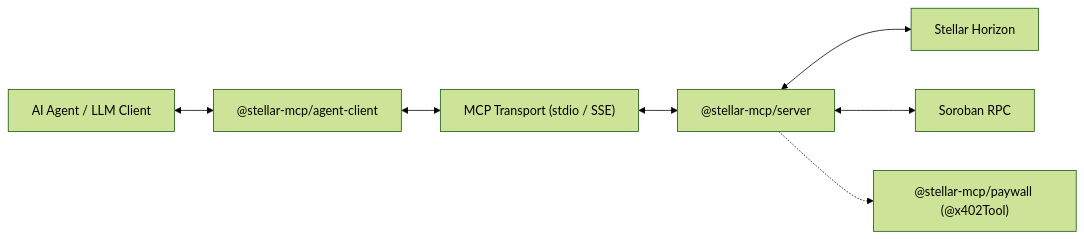
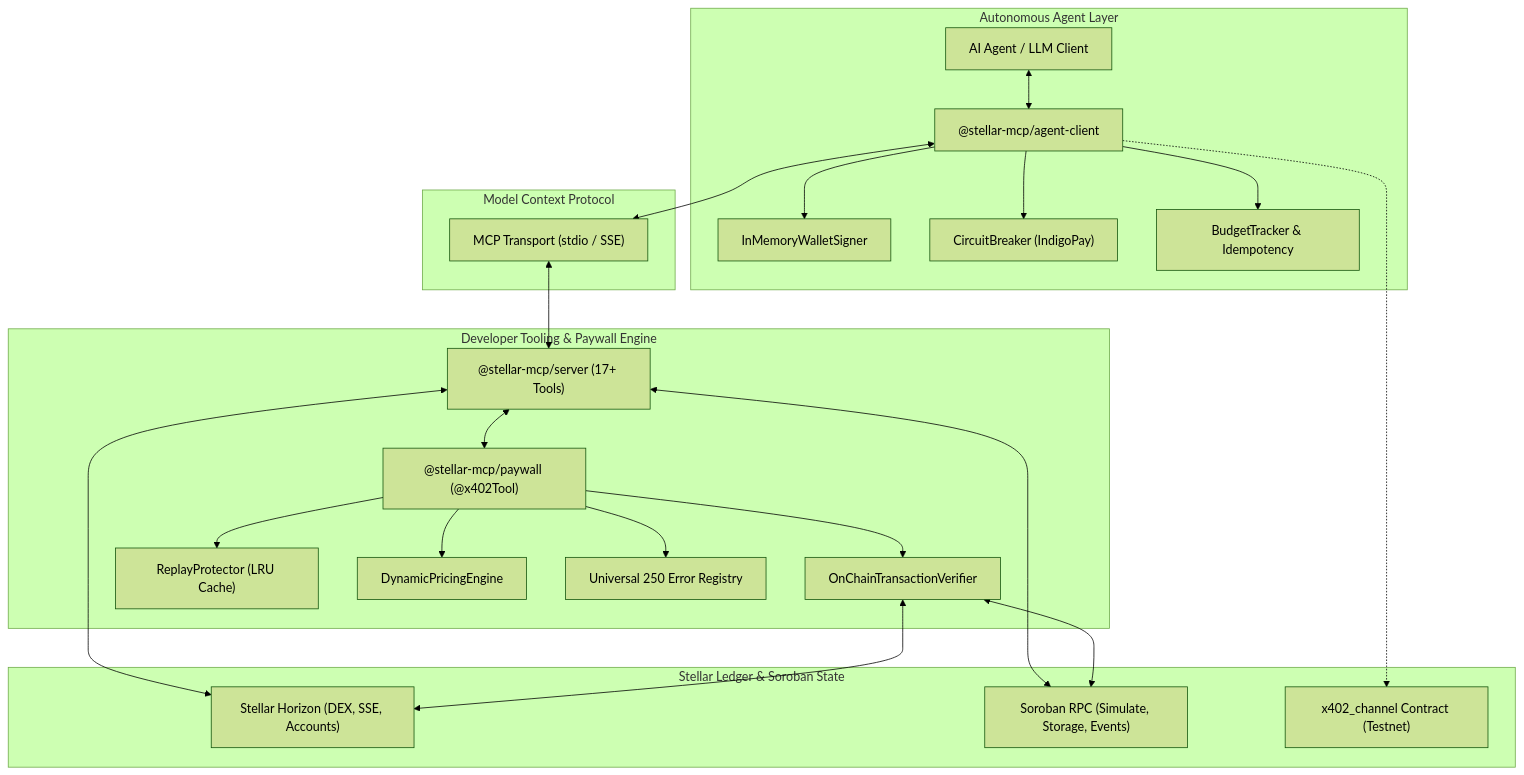
One commit to stellar-x402-mcp/monorepo changed the diagram in README.md. Above: the diagram before and after it, drawn with Mermaid (forest theme). The commit also changed other lines of this file, not shown here.

First line of the commit message:
docs(readme): expand documentation with Drips/Grantfox links, gas benchmarks, and error registry

````diff
--- a/README.md
+++ b/README.md
@@ -14,9 +33,46 @@
 ```mermaid
-flowchart LR
-    Agent["AI Agent / LLM Client"] <--> Client["@stellar-mcp/agent-client"]
-    Client <--> Transport["MCP Transport (stdio / SSE)"]
-    Transport <--> Server["@stellar-mcp/server"]
-    Server <--> Horizon["Stellar Horizon"]
-    Server <--> Soroban["Soroban RPC"]
-    Server -.-> Paywall["@stellar-mcp/paywall (@x402Tool)"]
+flowchart TD
+    subgraph AgentLayer["Autonomous Agent Layer"]
+        Agent["AI Agent / LLM Client"]
+        Client["@stellar-mcp/agent-client"]
+        Signer["InMemoryWalletSigner"]
+        Breaker["CircuitBreaker (IndigoPay)"]
+        Tracker["BudgetTracker & Idempotency"]
+    end
+
+    subgraph TransportLayer["Model Context Protocol"]
+        Transport["MCP Transport (stdio / SSE)"]
+    end
+
+    subgraph ServerLayer["Developer Tooling & Paywall Engine"]
+        Server["@stellar-mcp/server (17+ Tools)"]
+        Paywall["@stellar-mcp/paywall (@x402Tool)"]
+        Verifier["OnChainTransactionVerifier"]
+        Replay["ReplayProtector (LRU Cache)"]
+        Pricing["DynamicPricingEngine"]
+        ErrorReg["Universal 250 Error Registry"]
+    end
+
+    subgraph SettlementLayer["Stellar Ledger & Soroban State"]
+        Horizon["Stellar Horizon (DEX, SSE, Accounts)"]
+        Soroban["Soroban RPC (Simulate, Storage, Events)"]
+        Channel["x402_channel Contract (Testnet)"]
+    end
+
+    Agent <--> Client
+    Client --> Signer
+    Client --> Breaker
+    Client --> Tracker
+    Client <--> Transport
+    Transport <--> Server
+    Server <--> Paywall
+    Paywall --> Verifier
+    Paywall --> Replay
+    Paywall --> Pricing
+    Paywall --> ErrorReg
+    Server <--> Horizon
+    Server <--> Soroban
+    Verifier <--> Horizon
+    Verifier <--> Soroban
+    Client -.-> Channel
 ```
````
